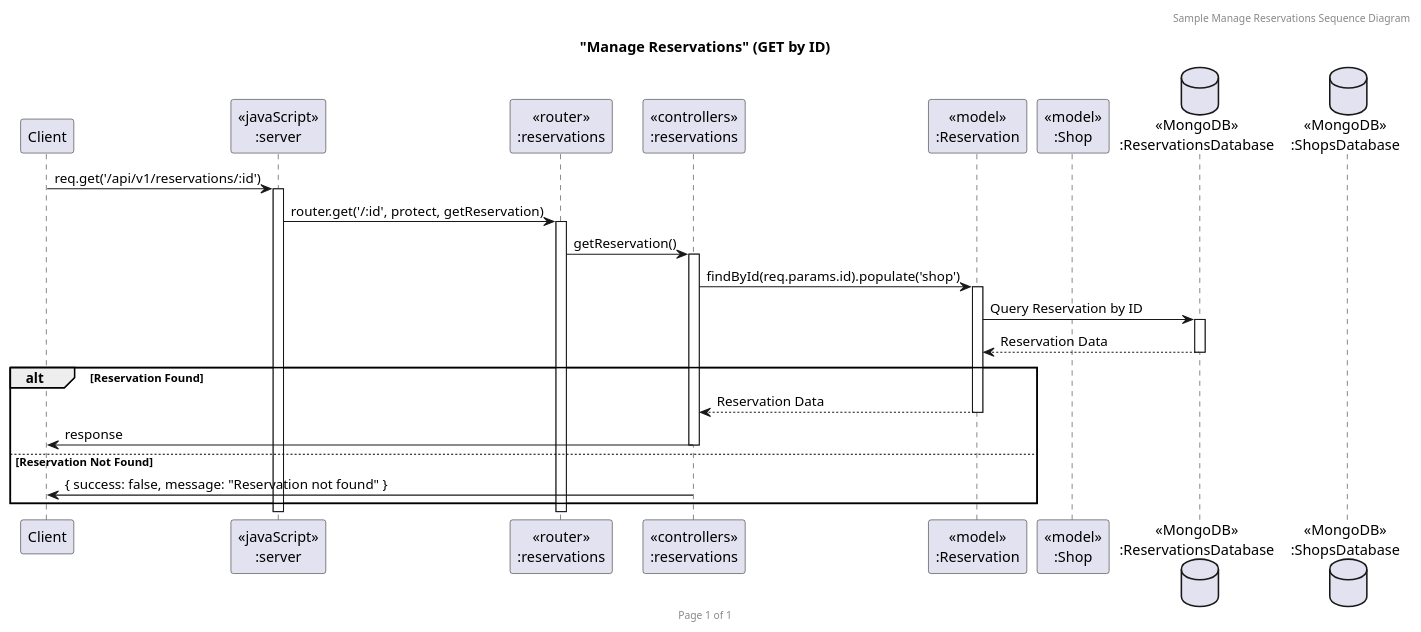
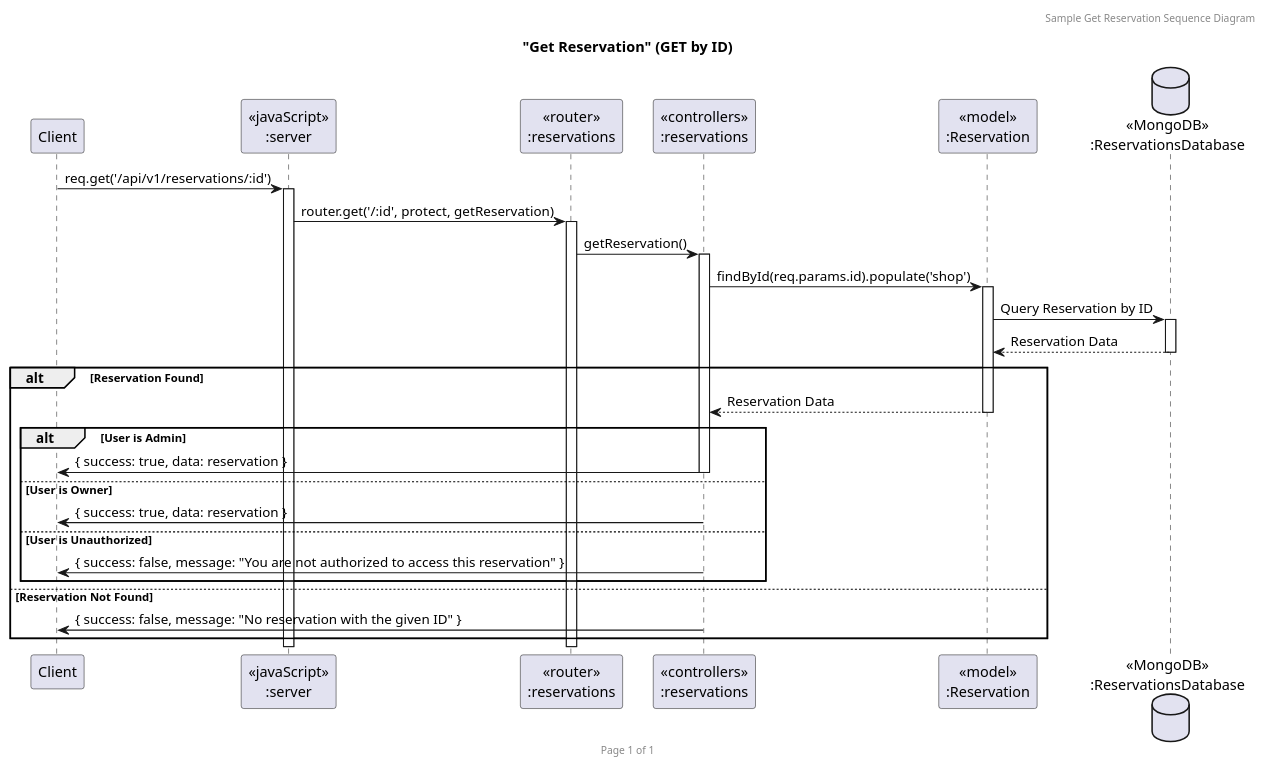
One commit to MadManJJ/Blackend changed the diagram in puml/Reservations/GetOne.puml. Above: the diagram before and after it, drawn with PlantUML. The commit also changed 7 other files, not shown here.

Commit message:
Add deleteOrphanReservations (for deleting a reservation that doesn't have a shop) and add role to the response of sendTokenResponse

```diff
--- a/puml/Reservations/GetOne.puml
+++ b/puml/Reservations/GetOne.puml
@@ -1,30 +1,36 @@
 @startuml Manage Reservations (GET)
 
-header Sample Manage Reservations Sequence Diagram
+header Sample Get Reservation Sequence Diagram
 footer Page %page% of %lastpage%
-title "Manage Reservations" (GET by ID)
+title "Get Reservation" (GET by ID)
 
 participant "Client" as client
 participant "<<javaScript>>\n:server" as server
 participant "<<router>>\n:reservations" as routerReservations
 participant "<<controllers>>\n:reservations" as controllersReservations
 participant "<<model>>\n:Reservation" as modelReservation
-participant "<<model>>\n:Shop" as modelShop
 database "<<MongoDB>>\n:ReservationsDatabase" as ReservationsDatabase
-database "<<MongoDB>>\n:ShopsDatabase" as ShopsDatabase
 
 client->server ++:req.get('/api/v1/reservations/:id')
 server->routerReservations ++:router.get('/:id', protect, getReservation)
 routerReservations -> controllersReservations ++:getReservation()
 controllersReservations->modelReservation ++:findById(req.params.id).populate('shop')
 modelReservation -> ReservationsDatabase ++: Query Reservation by ID
 ReservationsDatabase --> modelReservation --: Reservation Data
 
 alt Reservation Found
   modelReservation --> controllersReservations --: Reservation Data
-  controllersReservations->client --:response
+  
+  alt User is Admin
+    controllersReservations->client --: { success: true, data: reservation }
+  else User is Owner
+    controllersReservations->client --: { success: true, data: reservation }
+  else User is Unauthorized
+    controllersReservations->client --: { success: false, message: "You are not authorized to access this reservation" }
+  end alt
+
 else Reservation Not Found
-  controllersReservations->client --: { success: false, message: "Reservation not found" }
+  controllersReservations->client --: { success: false, message: "No reservation with the given ID" }
 end alt
 
 @enduml
```
